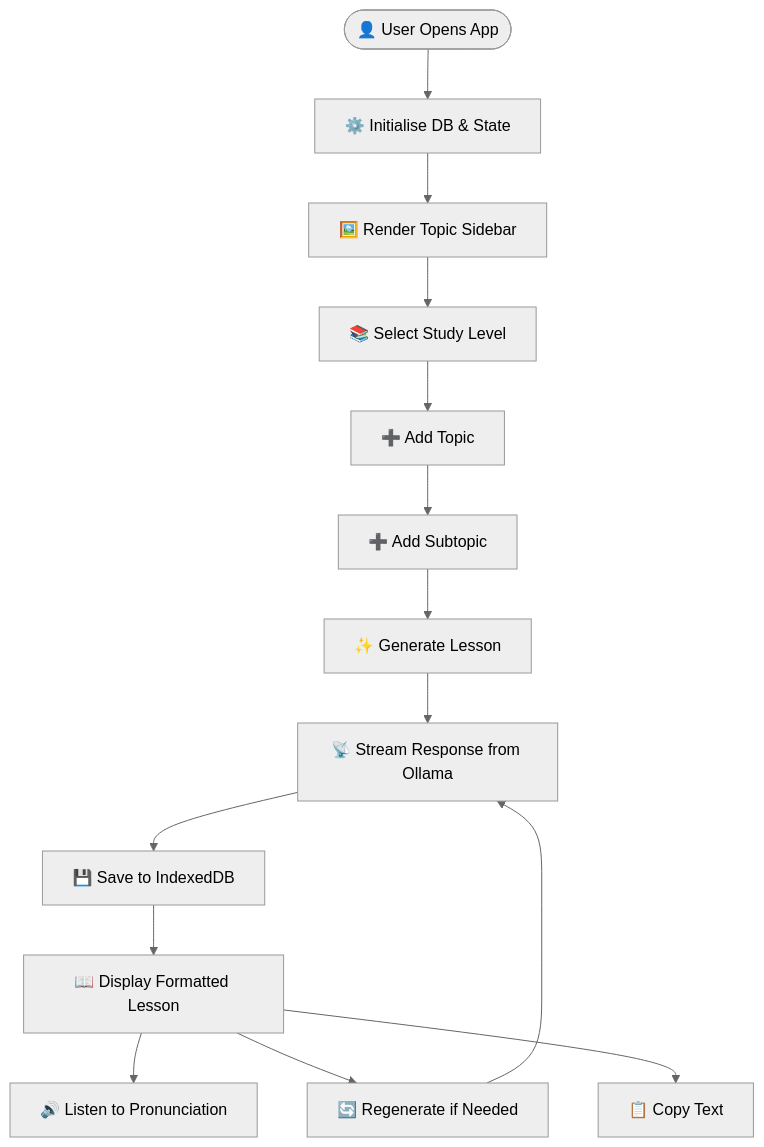
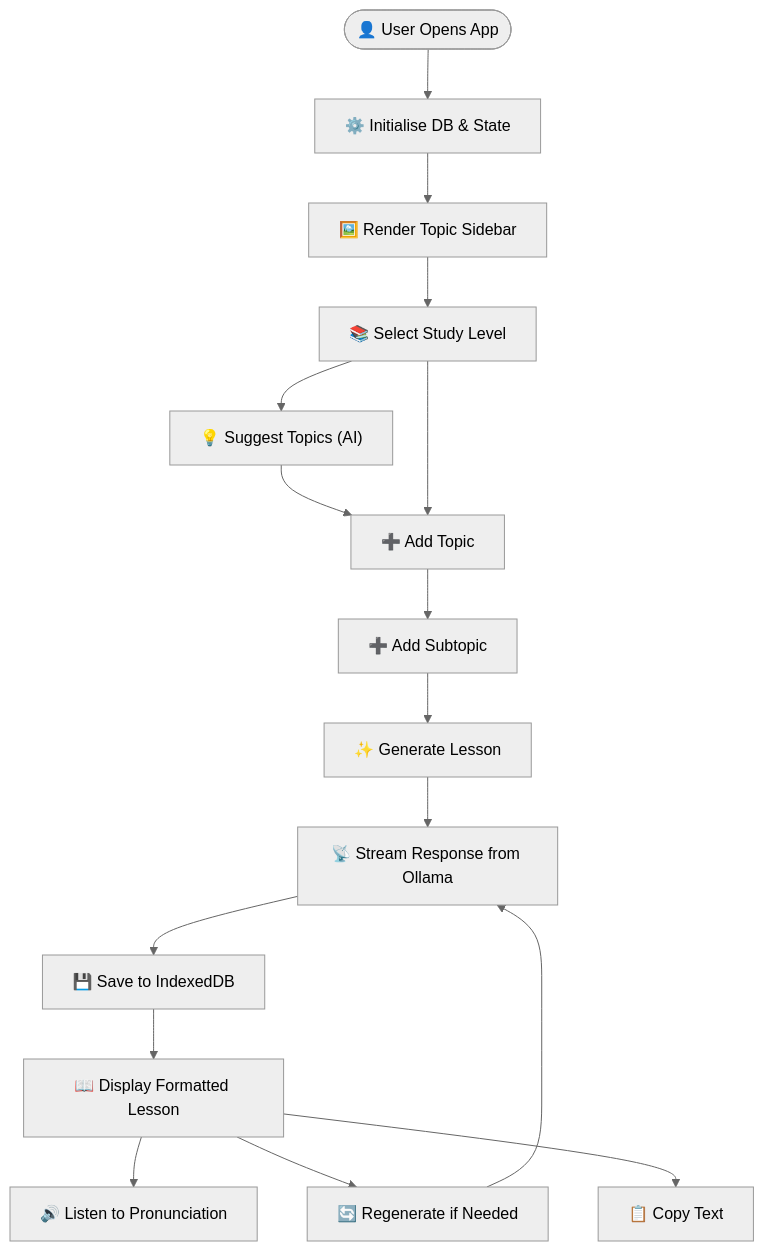
The third of 4 diagrams in README.md (alangarrod/Spanish-Tutor), drawn with Mermaid (neutral theme) before and after one commit. The commit also changed other lines of this file, not shown here.

````diff
--- a/README.md
+++ b/README.md
@@ -105,16 +106,18 @@
 ```mermaid
 flowchart TD
     Start(["👤 User Opens App"]) --> Init["⚙️ Initialise DB & State"]
     Init --> Render["🖼️ Render Topic Sidebar"]
     Render --> SelectLevel["📚 Select Study Level"]
-    SelectLevel --> AddTopic["➕ Add Topic"]
+    SelectLevel --> SuggestTopic["💡 Suggest Topics (AI)"]
+    SuggestTopic --> AddTopic["➕ Add Topic"]
+    SelectLevel --> AddTopic
     AddTopic --> AddSubtopic["➕ Add Subtopic"]
     AddSubtopic --> Generate["✨ Generate Lesson"]
     Generate --> Streaming["📡 Stream Response from Ollama"]
     Streaming --> Save["💾 Save to IndexedDB"]
     Save --> Display["📖 Display Formatted Lesson"]
     Display --> Listen["🔊 Listen to Pronunciation"]
     Display --> Regenerate["🔄 Regenerate if Needed"]
     Regenerate --> Streaming
     Display --> Copy["📋 Copy Text"]
 ```
````
